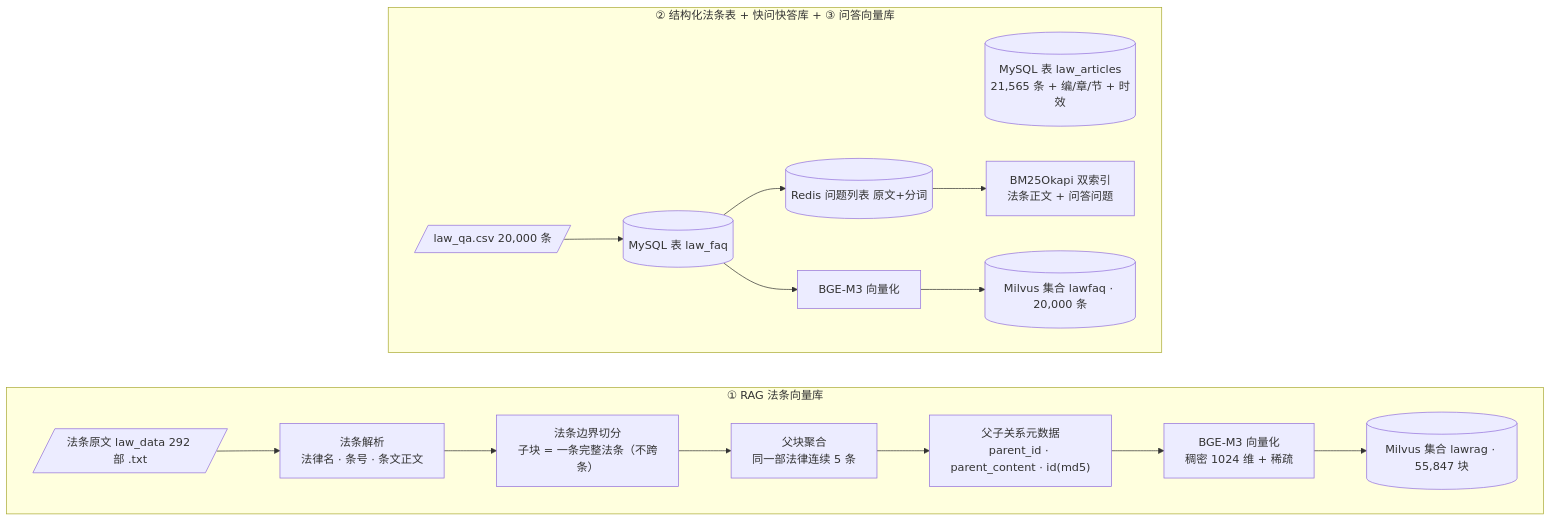
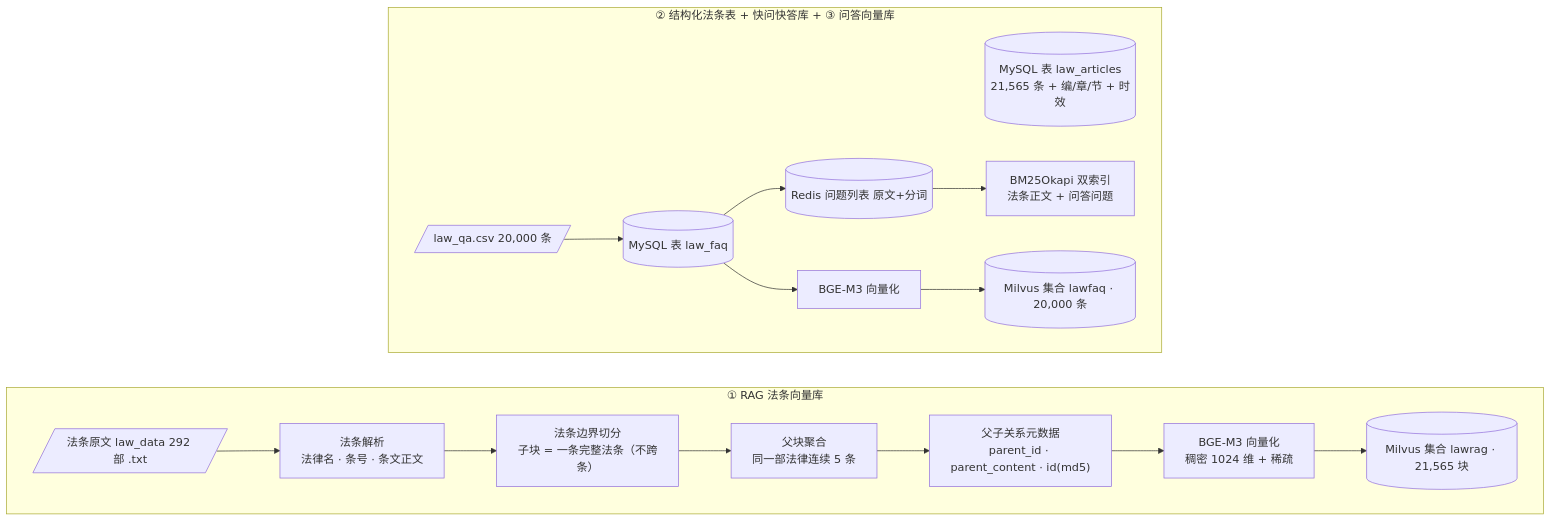
Before and after one commit to yanxiao-ci/lawrag: the second of 4 diagrams in docs/RAG项目流程图说明.md, drawn with Mermaid. The commit also changed other lines of this file and 11 other files, not shown here.

First line of the commit message:
feat(domain): labor 领域视图 + 检索/取条/语料工具接口 + MCP 薄封装

````diff
--- a/docs/RAG项目流程图说明.md
+++ b/docs/RAG项目流程图说明.md
@@ -138,20 +138,20 @@
 ```mermaid
 flowchart LR
   subgraph S1[① RAG 法条向量库]
     direction LR
     A1[/法条原文 law_data 292 部 .txt/] --> A2["法条解析<br/>法律名 · 条号 · 条文正文"]
     A2 --> A3["法条边界切分<br/>子块 = 一条完整法条（不跨条）"]
     A3 --> A4["父块聚合<br/>同一部法律连续 5 条"]
     A4 --> A5["父子关系元数据<br/>parent_id · parent_content · id(md5)"]
     A5 --> A6["BGE-M3 向量化<br/>稠密 1024 维 + 稀疏"]
-    A6 --> A7[(Milvus 集合 lawrag · 55,847 块)]
+    A6 --> A7[(Milvus 集合 lawrag · 21,565 块)]
   end
   subgraph S2[② 结构化法条表 + 快问快答库 + ③ 问答向量库]
     direction LR
     B1[(MySQL 表 law_articles<br/>21,565 条 + 编/章/节 + 时效)]
     B2[/law_qa.csv 20,000 条/] --> B3[(MySQL 表 law_faq)]
     B3 --> B4[(Redis 问题列表 原文+分词)]
     B4 --> B5["BM25Okapi 双索引<br/>法条正文 + 问答问题"]
     B3 --> B6["BGE-M3 向量化"] --> B7[(Milvus 集合 lawfaq · 20,000 条)]
   end
 ```
````
